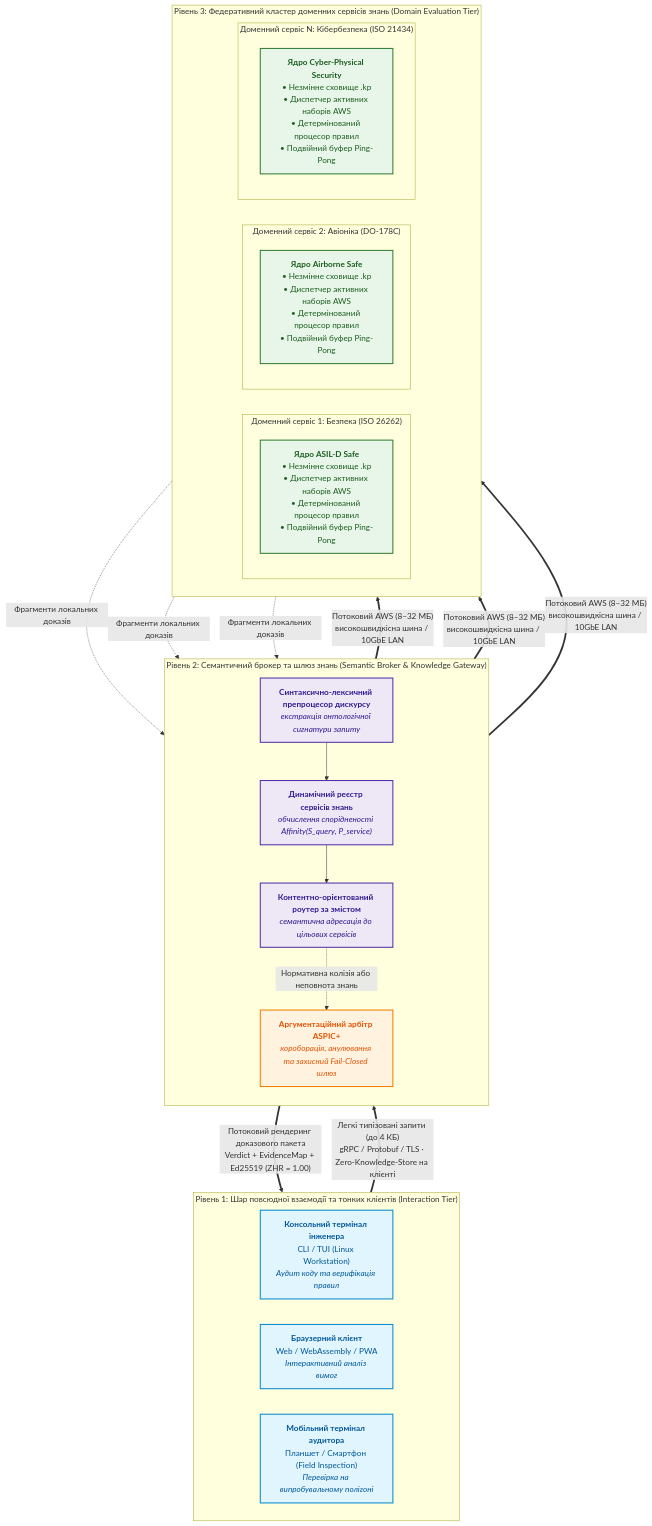
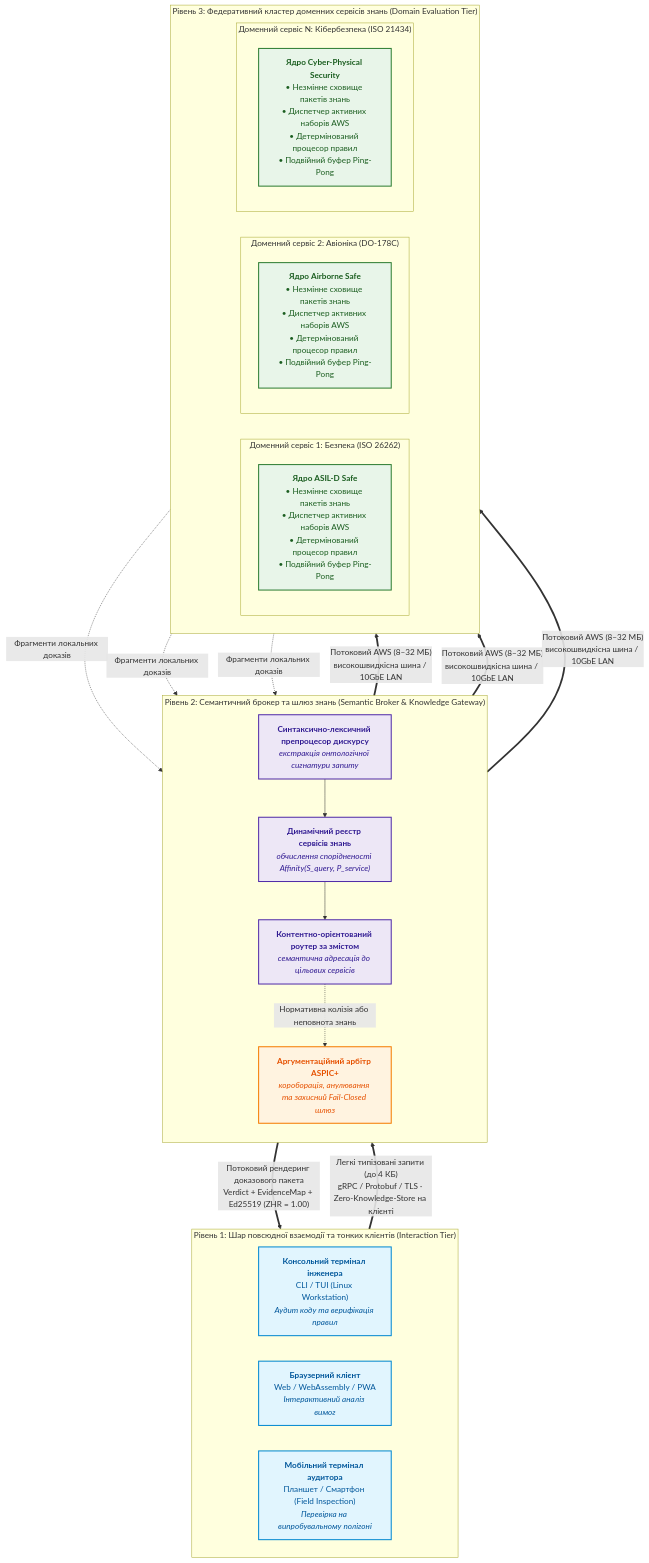
Before and after one commit to nick-fedchik/articles: the first of 6 diagrams in ExpertSystem/ch40-distributed-epistemic-architectures-soa-and-cluster-scaling.md, drawn with Mermaid. The commit also changed other lines of this file and 2 other files, not shown here.

````diff
--- a/ExpertSystem/ch40-distributed-epistemic-architectures-soa-and-cluster-scaling.md
+++ b/ExpertSystem/ch40-distributed-epistemic-architectures-soa-and-cluster-scaling.md
@@ -35,57 +35,57 @@
 ```mermaid
 flowchart TD
     accTitle: Референсний архітектурний прототип розподіленої експертної системи
     accDescr: Триланкова архітектура Epistemic SOA із тонким клієнтом, семантичним брокером та федеративним кластером доменних сервісів знань.
 
     subgraph TIER1["Рівень 1: Шар повсюдної взаємодії та тонких клієнтів (Interaction Tier)"]
         direction LR
         CLI["<b>Консольний термінал інженера</b><br>CLI / TUI (Linux Workstation)<br><i>Аудит коду та верифікація правил</i>"]
         WEB["<b>Браузерний клієнт</b><br>Web / WebAssembly / PWA<br><i>Інтерактивний аналіз вимог</i>"]
         MOB["<b>Мобільний термінал аудитора</b><br>Планшет / Смартфон (Field Inspection)<br><i>Перевірка на випробувальному полігоні</i>"]
     end
 
     subgraph TIER2["Рівень 2: Семантичний брокер та шлюз знань (Semantic Broker & Knowledge Gateway)"]
         direction TB
         DISPATCHER["<b>Синтаксично-лексичний препроцесор дискурсу</b><br><i>екстракція онтологічної сигнатури запиту</i>"]
         REGISTRY["<b>Динамічний реєстр сервісів знань</b><br><i>обчислення спорідненості Affinity(S_query, P_service)</i>"]
         ROUTER["<b>Контентно-орієнтований роутер за змістом</b><br><i>семантична адресація до цільових сервісів</i>"]
         ARBITER["<b>Аргументаційний арбітр ASPIC+</b><br><i>короборація, анулювання та захисний Fail-Closed шлюз</i>"]
         
         DISPATCHER --> REGISTRY --> ROUTER
         ROUTER -.->|Нормативна колізія або неповнота знань| ARBITER
     end
 
     subgraph TIER3["Рівень 3: Федеративний кластер доменних сервісів знань (Domain Evaluation Tier)"]
         direction LR
         subgraph DS1["Доменний сервіс 1: Безпека (ISO 26262)"]
-            DS1_CORE["<b>Ядро ASIL-D Safe</b><br>• Незмінне сховище .kp<br>• Диспетчер активних наборів AWS<br>• Детермінований процесор правил<br>• Подвійний буфер Ping-Pong"]
+            DS1_CORE["<b>Ядро ASIL-D Safe</b><br>• Незмінне сховище пакетів знань<br>• Диспетчер активних наборів AWS<br>• Детермінований процесор правил<br>• Подвійний буфер Ping-Pong"]
         end
         subgraph DS2["Доменний сервіс 2: Авіоніка (DO-178C)"]
-            DS2_CORE["<b>Ядро Airborne Safe</b><br>• Незмінне сховище .kp<br>• Диспетчер активних наборів AWS<br>• Детермінований процесор правил<br>• Подвійний буфер Ping-Pong"]
+            DS2_CORE["<b>Ядро Airborne Safe</b><br>• Незмінне сховище пакетів знань<br>• Диспетчер активних наборів AWS<br>• Детермінований процесор правил<br>• Подвійний буфер Ping-Pong"]
         end
         subgraph DSN["Доменний сервіс N: Кібербезпека (ISO 21434)"]
-            DSN_CORE["<b>Ядро Cyber-Physical Security</b><br>• Незмінне сховище .kp<br>• Диспетчер активних наборів AWS<br>• Детермінований процесор правил<br>• Подвійний буфер Ping-Pong"]
+            DSN_CORE["<b>Ядро Cyber-Physical Security</b><br>• Незмінне сховище пакетів знань<br>• Диспетчер активних наборів AWS<br>• Детермінований процесор правил<br>• Подвійний буфер Ping-Pong"]
         end
     end
 
     TIER1 ==>|"Легкі типізовані запити (до 4 КБ)<br>gRPC / Protobuf / TLS · Zero-Knowledge-Store на клієнті"| TIER2
     TIER2 ==>|"Потоковий рендеринг доказового пакета<br>Verdict + EvidenceMap + Ed25519 (ZHR = 1.00)"| TIER1
 
     ROUTER ==>|"Потоковий AWS (8–32 МБ)<br>високошвидкісна шина / 10GbE LAN"| DS1
     ROUTER ==>|"Потоковий AWS (8–32 МБ)<br>високошвидкісна шина / 10GbE LAN"| DS2
     ROUTER ==>|"Потоковий AWS (8–32 МБ)<br>високошвидкісна шина / 10GbE LAN"| DSN
 
     DS1 -.->|"Фрагменти локальних доказів"| ARBITER
     DS2 -.->|"Фрагменти локальних доказів"| ARBITER
     DSN -.->|"Фрагменти локальних доказів"| ARBITER
 
     classDef client fill:#e1f5fe,stroke:#0288d1,stroke-width:2px,color:#01579b;
     classDef broker fill:#ede7f6,stroke:#512da8,stroke-width:2px,color:#311b92;
     classDef domain fill:#e8f5e9,stroke:#2e7d32,stroke-width:2px,color:#1b5e20;
     classDef arbiter fill:#fff3e0,stroke:#f57c00,stroke-width:2px,color:#e65100;
 
     class CLI,WEB,MOB client;
     class DISPATCHER,REGISTRY,ROUTER broker;
     class DS1_CORE,DS2_CORE,DSN_CORE domain;
     class ARBITER arbiter;
 ```
````
